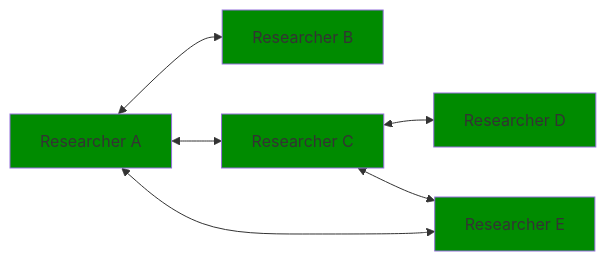
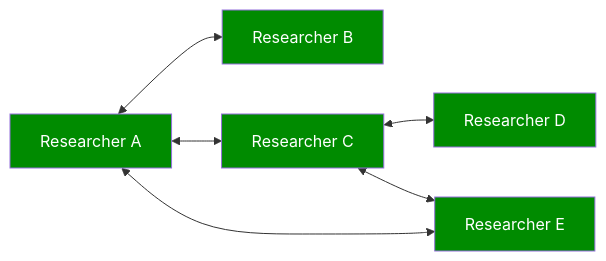
The first of 4 diagrams in README.md (dainst/idai-field), drawn with Mermaid before and after one commit. The commit also changed other lines of this file, not shown here.

Commit message:
Set default flow chart text color white

````diff
--- a/README.md
+++ b/README.md
@@ -19,14 +19,15 @@
 ```mermaid
 flowchart LR;
     A[Researcher A] <--> B[Researcher B];
     A[Researcher A] <--> C[Researcher C];
     C[Researcher C] <--> D[Researcher D];
     C[Researcher C] <--> E[Researcher E];
     A[Researcher A] <--> E[Researcher E];
     
+    classDef default color:#fff
     style A fill:#008B00
     style B fill:#008B00
     style C fill:#008B00
     style D fill:#008B00
     style E fill:#008B00
 ```
````
